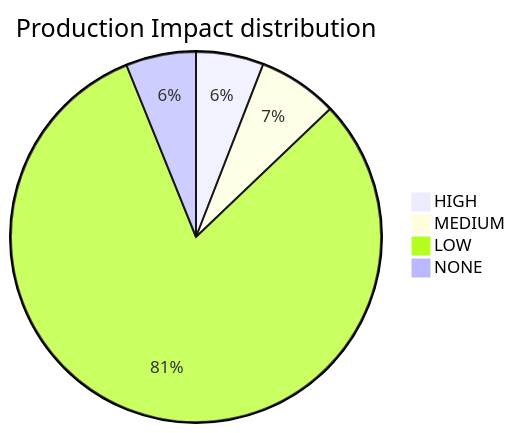
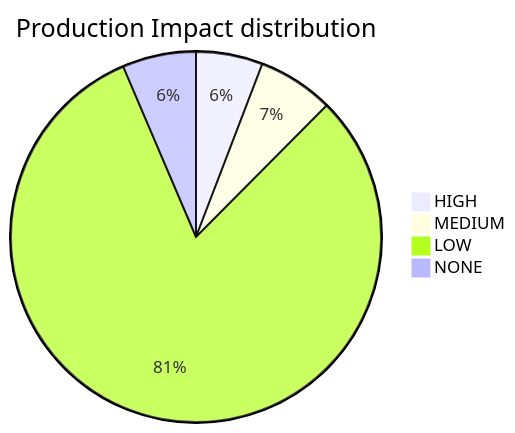
One commit to mikeybeezy/goldenpath-idp-infra changed the diagram in docs/10-governance/reports/HEALTH_AUDIT_LOG.md. Above: the diagram before and after it, drawn with Mermaid. The commit also changed other lines of this file and 13 other files, not shown here.

````diff
--- a/docs/10-governance/reports/HEALTH_AUDIT_LOG.md
+++ b/docs/10-governance/reports/HEALTH_AUDIT_LOG.md
@@ -93,7 +93,7 @@
 ```mermaid
 pie title Production Impact distribution
-    "HIGH" : 28
+    "HIGH" : 29
     "MEDIUM" : 33
-    "LOW" : 384
-    "NONE" : 29
+    "LOW" : 404
+    "NONE" : 32
 ```
````
